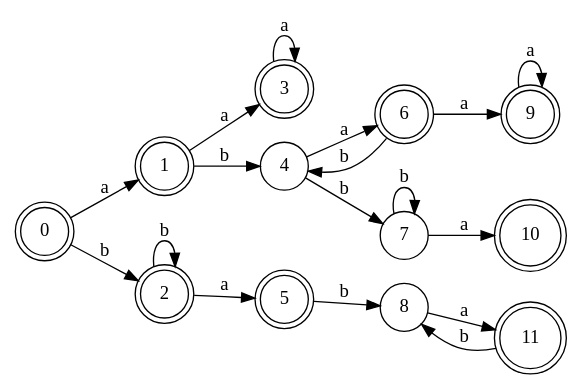
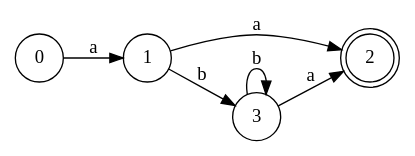
One commit to Galileo01/Compilation_principle_compiler changed the diagram in src/views/NFADFA/dfa.gv. Above: the diagram before and after it, drawn with Graphviz. The commit also changed 14 other files, not shown here.

```diff
--- a/src/views/NFADFA/dfa.gv
+++ b/src/views/NFADFA/dfa.gv
@@ -1,44 +1,16 @@
 digraph "/Users/bytedance/My/编译原理/compiler/src/views/NFADFA/dfa" {
 	rankdir=LR
-	node [shape=doublecircle]
+	node [shape=circle]
 	0 [label=0]
-	node [shape=doublecircle]
+	node [shape=circle]
 	1 [label=1]
 	node [shape=doublecircle]
 	2 [label=2]
-	node [shape=doublecircle]
+	node [shape=circle]
 	3 [label=3]
-	node [shape=circle]
-	4 [label=4]
-	node [shape=doublecircle]
-	5 [label=5]
-	node [shape=doublecircle]
-	6 [label=6]
-	node [shape=circle]
-	7 [label=7]
-	node [shape=circle]
-	8 [label=8]
-	node [shape=doublecircle]
-	9 [label=9]
-	node [shape=doublecircle]
-	10 [label=10]
-	node [shape=doublecircle]
-	11 [label=11]
 	0 -> 1 [label=a]
-	0 -> 2 [label=b]
-	1 -> 3 [label=a]
-	1 -> 4 [label=b]
-	2 -> 5 [label=a]
-	2 -> 2 [label=b]
-	3 -> 3 [label=a]
-	4 -> 6 [label=a]
-	4 -> 7 [label=b]
-	5 -> 8 [label=b]
-	6 -> 9 [label=a]
-	6 -> 4 [label=b]
-	7 -> 10 [label=a]
-	7 -> 7 [label=b]
-	8 -> 11 [label=a]
-	9 -> 9 [label=a]
-	11 -> 8 [label=b]
+	1 -> 2 [label=a]
+	1 -> 3 [label=b]
+	3 -> 2 [label=a]
+	3 -> 3 [label=b]
 }
```
